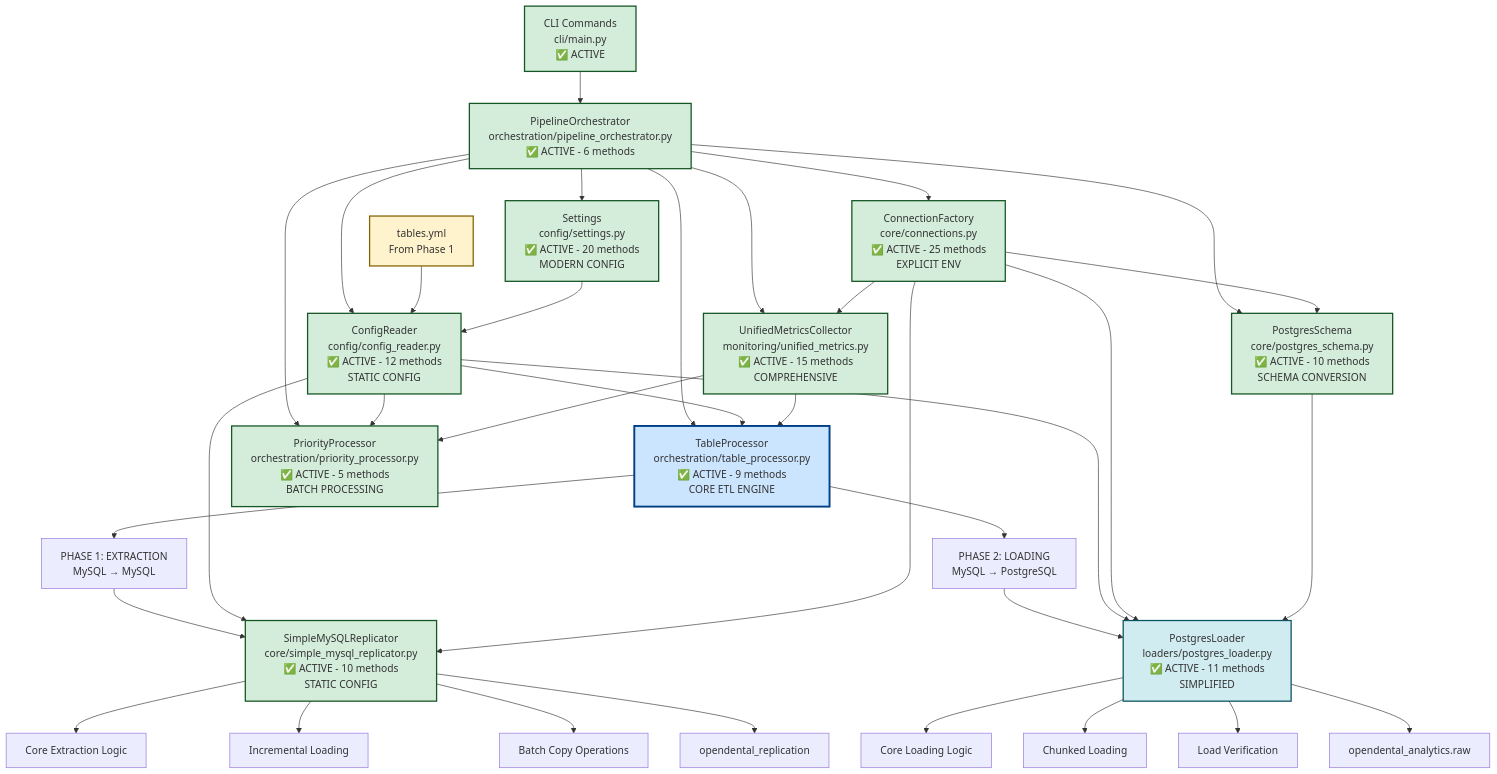
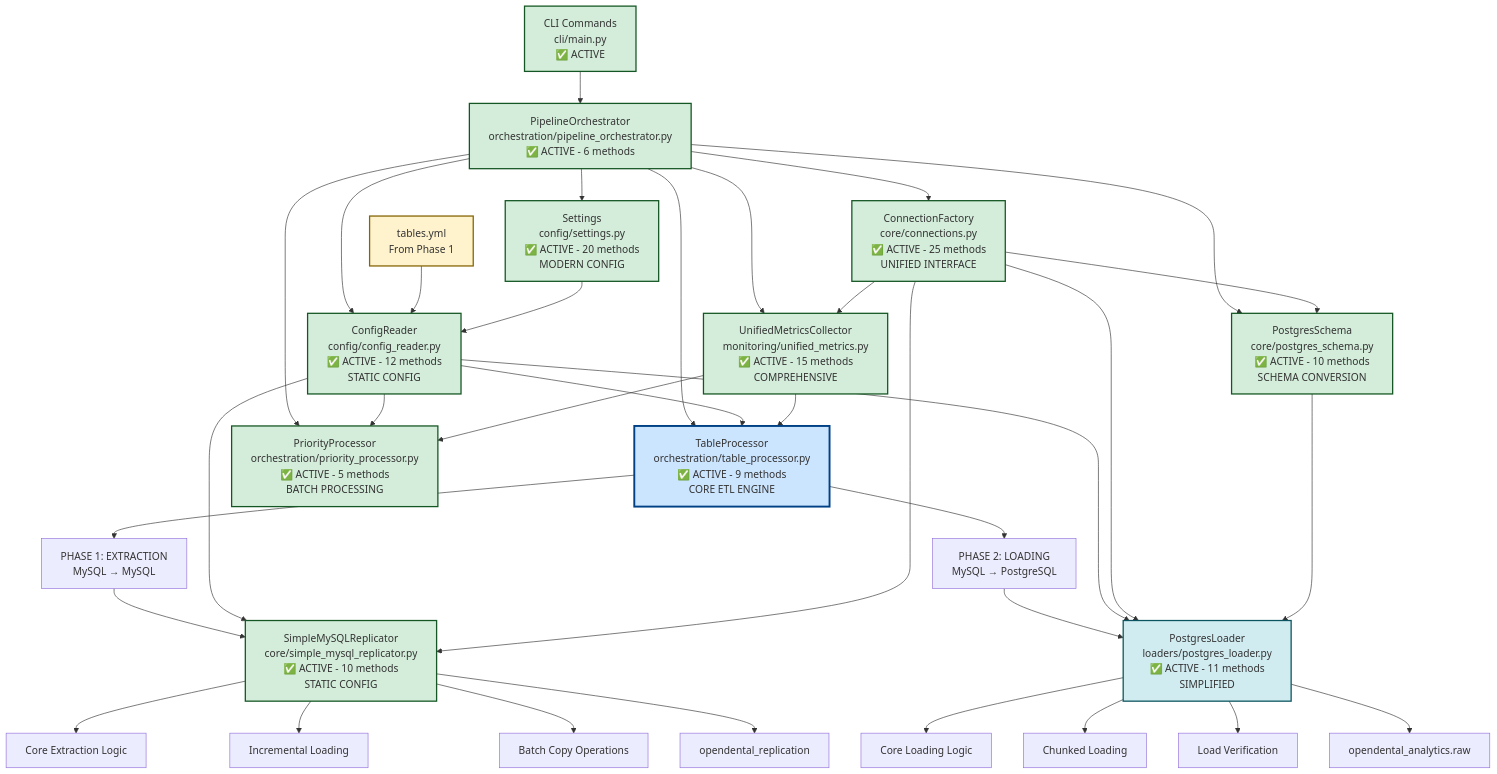
One commit to BenjaminRains/dbt_dental_clinic changed the second of 6 diagrams in etl_pipeline/docs/DATA_FLOW_DIAGRAM.md. Above: the diagram before and after it, drawn with Mermaid. The commit also changed other lines of this file, not shown here.

First line of the commit message:
docs: update DATA_FLOW_DIAGRAM.md to reflect current ETL pipeline architecture

````diff
--- a/etl_pipeline/docs/DATA_FLOW_DIAGRAM.md
+++ b/etl_pipeline/docs/DATA_FLOW_DIAGRAM.md
@@ -48,68 +48,68 @@
 ```mermaid
 graph TD
     %% Entry Points
     CLI["CLI Commands<br/>cli/main.py<br/>✅ ACTIVE"] --> ORCH["PipelineOrchestrator<br/>orchestration/pipeline_orchestrator.py<br/>✅ ACTIVE - 6 methods"]
     
     %% Main Orchestration
     ORCH --> TP["TableProcessor<br/>orchestration/table_processor.py<br/>✅ ACTIVE - 9 methods<br/>CORE ETL ENGINE"]
     ORCH --> PP["PriorityProcessor<br/>orchestration/priority_processor.py<br/>✅ ACTIVE - 5 methods<br/>BATCH PROCESSING"]
     
     %% ETL Phases
     TP --> PHASE1["PHASE 1: EXTRACTION<br/>MySQL → MySQL"]
     TP --> PHASE2["PHASE 2: LOADING<br/>MySQL → PostgreSQL"]
     
     %% Phase 1: Extraction
     PHASE1 --> SMR["SimpleMySQLReplicator<br/>core/simple_mysql_replicator.py<br/>✅ ACTIVE - 10 methods<br/>STATIC CONFIG"]
     SMR --> EXTRACT_CORE["Core Extraction Logic"]
     SMR --> INCREMENTAL["Incremental Loading"]
     SMR --> BATCH_COPY["Batch Copy Operations"]
     SMR --> REPLICATION_DB["opendental_replication"]
     
     %% Phase 2: Loading
     PHASE2 --> PGL["PostgresLoader<br/>loaders/postgres_loader.py<br/>✅ ACTIVE - 11 methods<br/>SIMPLIFIED"]
     PGL --> LOAD_CORE["Core Loading Logic"]
     PGL --> CHUNKED["Chunked Loading"]
     PGL --> VERIFY["Load Verification"]
     PGL --> RAW_SCHEMA["opendental_analytics.raw"]
     
     %% Supporting Components
     ORCH --> CONFIG["Settings<br/>config/settings.py<br/>✅ ACTIVE - 20 methods<br/>MODERN CONFIG"]
     ORCH --> CR["ConfigReader<br/>config/config_reader.py<br/>✅ ACTIVE - 12 methods<br/>STATIC CONFIG"]
-    ORCH --> CONN["ConnectionFactory<br/>core/connections.py<br/>✅ ACTIVE - 25 methods<br/>EXPLICIT ENV"]
+    ORCH --> CONN["ConnectionFactory<br/>core/connections.py<br/>✅ ACTIVE - 25 methods<br/>UNIFIED INTERFACE"]
     ORCH --> PGS["PostgresSchema<br/>core/postgres_schema.py<br/>✅ ACTIVE - 10 methods<br/>SCHEMA CONVERSION"]
     ORCH --> UMC["UnifiedMetricsCollector<br/>monitoring/unified_metrics.py<br/>✅ ACTIVE - 15 methods<br/>COMPREHENSIVE"]
     
     %% Configuration Flow (from Phase 1)
     TABLES_YML["tables.yml<br/>From Phase 1"] --> CR
     CONFIG --> CR
     CR --> SMR
     CR --> PGL
     CR --> TP
     CR --> PP
     
     %% Connection Management
     CONN --> SMR
     CONN --> PGL
     CONN --> PGS
     CONN --> UMC
     
     %% Schema Conversion
     PGS --> PGL
     
     %% Metrics Collection
     UMC --> TP
     UMC --> PP
     
     %% Styling
     classDef active fill:#d4edda,stroke:#155724,stroke-width:2px
     classDef core fill:#cce5ff,stroke:#004085,stroke-width:3px
     classDef simplified fill:#d1ecf1,stroke:#0c5460,stroke-width:2px
     classDef modern fill:#d4edda,stroke:#155724,stroke-width:2px
     classDef input fill:#fff3cd,stroke:#856404,stroke-width:2px
     
     class CLI,ORCH,TP,PP,CONFIG,CR,CONN,PGS,UMC,SMR,PGL active
     class TP core
     class PGL simplified
     class CONFIG,CR modern
     class TABLES_YML input
 ```
````
